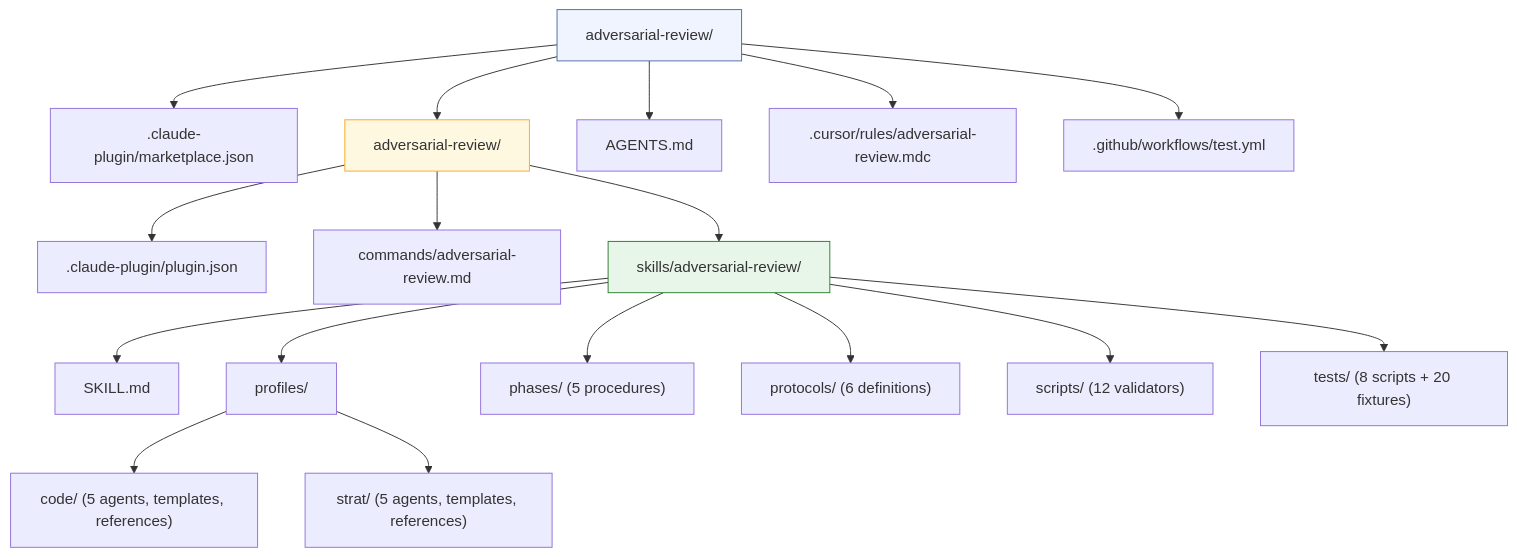
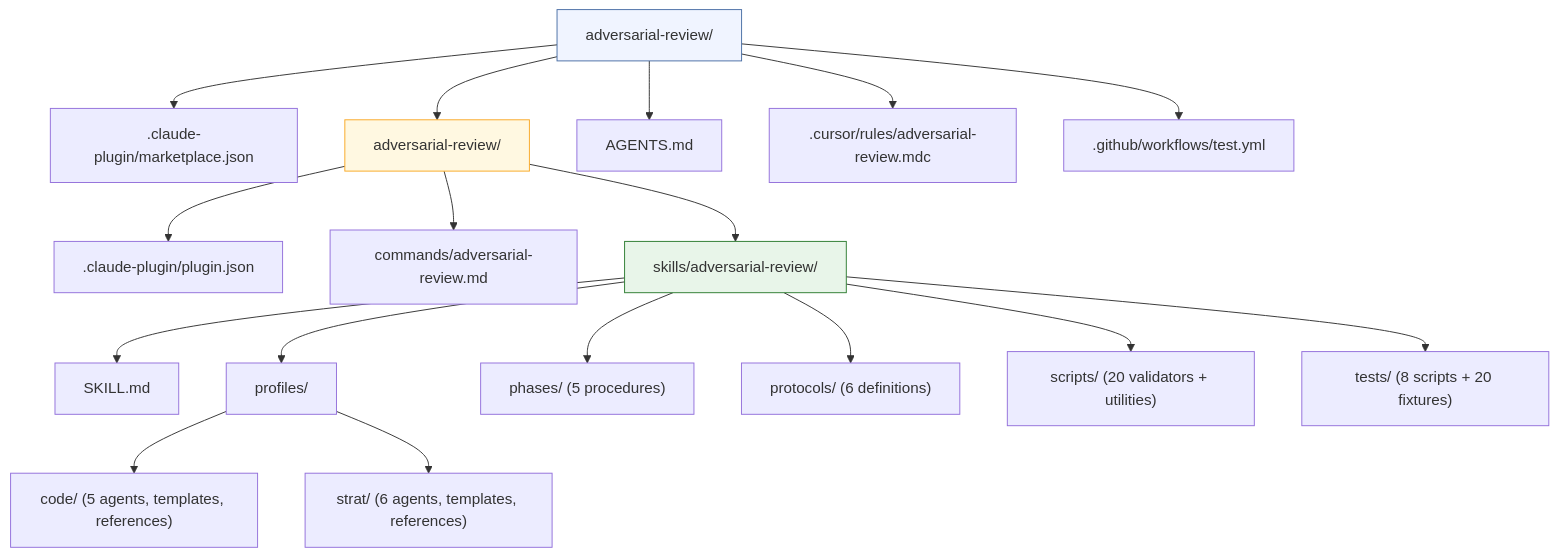
Before and after one commit to ugiordan/adversarial-reviewing: the sixth of 6 diagrams in README.md, drawn with Mermaid. The commit also changed other lines of this file and 55 other files, not shown here.

````diff
--- a/README.md
+++ b/README.md
@@ -437,25 +438,25 @@
 ```mermaid
 graph TD
     ROOT["adversarial-review/"] --> MP[".claude-plugin/marketplace.json"]
     ROOT --> PLUGIN["adversarial-review/"]
     ROOT --> AGENTS["AGENTS.md"]
     ROOT --> CURSOR[".cursor/rules/adversarial-review.mdc"]
     ROOT --> CI[".github/workflows/test.yml"]
 
     PLUGIN --> PP[".claude-plugin/plugin.json"]
     PLUGIN --> CMD["commands/adversarial-review.md"]
     PLUGIN --> SKILL["skills/adversarial-review/"]
 
     SKILL --> SKILLMD["SKILL.md"]
     SKILL --> PROF["profiles/"]
     PROF --> CODE_P["code/ (5 agents, templates, references)"]
-    PROF --> STRAT_P["strat/ (5 agents, templates, references)"]
+    PROF --> STRAT_P["strat/ (6 agents, templates, references)"]
     SKILL --> PH["phases/ (5 procedures)"]
     SKILL --> PR["protocols/ (6 definitions)"]
-    SKILL --> SC["scripts/ (12 validators)"]
+    SKILL --> SC["scripts/ (20 validators + utilities)"]
     SKILL --> TS["tests/ (8 scripts + 20 fixtures)"]
 
     style ROOT fill:#f0f4ff,stroke:#4a6fa5
     style SKILL fill:#e8f5e9,stroke:#2e7d32
     style PLUGIN fill:#fff8e1,stroke:#f9a825
 ```
````
